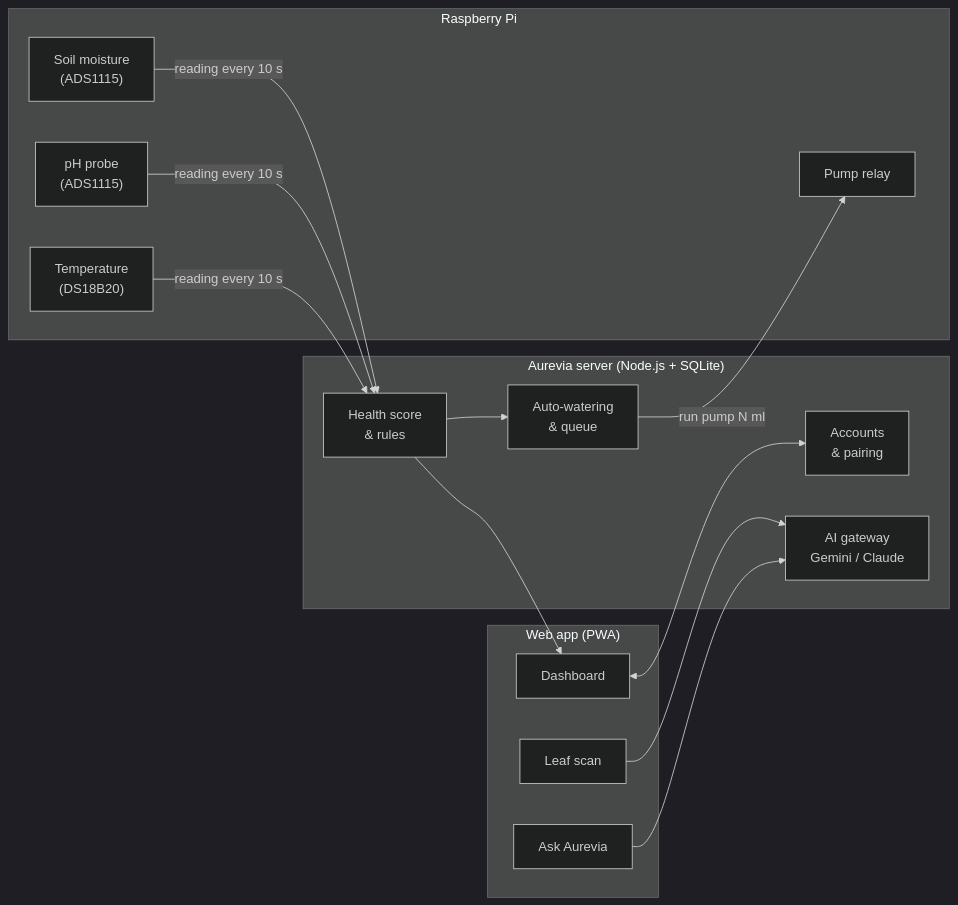
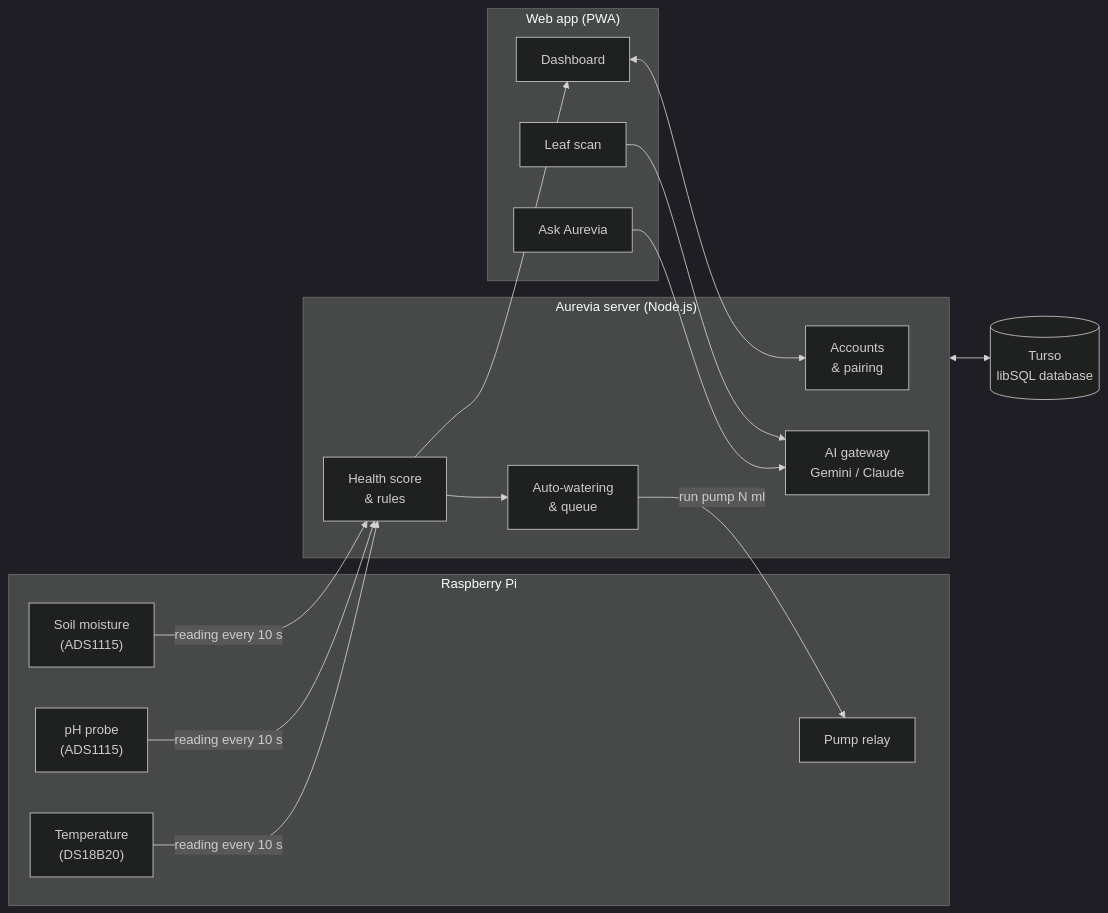
One commit to TECH-SUGATA/aurevia changed the diagram in README.md. Above: the diagram before and after it, drawn with Mermaid (dark theme). The commit also changed other lines of this file, not shown here.

First line of the commit message:
Replace SQLite with Turso in README

````diff
--- a/README.md
+++ b/README.md
@@ -83,30 +84,33 @@
 ```mermaid
 flowchart LR
     subgraph PI["Raspberry Pi"]
         S1["Soil moisture<br/>(ADS1115)"]
         S2["pH probe<br/>(ADS1115)"]
         S3["Temperature<br/>(DS18B20)"]
         P["Pump relay"]
     end
 
-    subgraph SRV["Aurevia server (Node.js + SQLite)"]
+    subgraph SRV["Aurevia server (Node.js)"]
         A["Accounts<br/>& pairing"]
         H["Health score<br/>& rules"]
         W["Auto-watering<br/>& queue"]
         AI["AI gateway<br/>Gemini / Claude"]
     end
+
+    DB[("Turso<br/>libSQL database")]
 
     subgraph APP["Web app (PWA)"]
         D["Dashboard"]
         L["Leaf scan"]
         C["Ask Aurevia"]
     end
 
     S1 & S2 & S3 -- "reading every 10 s" --> H
     H --> W
     W -- "run pump N ml" --> P
     D <--> A
     L --> AI
     C --> AI
     H --> D
+    SRV <--> DB
 ```
````
